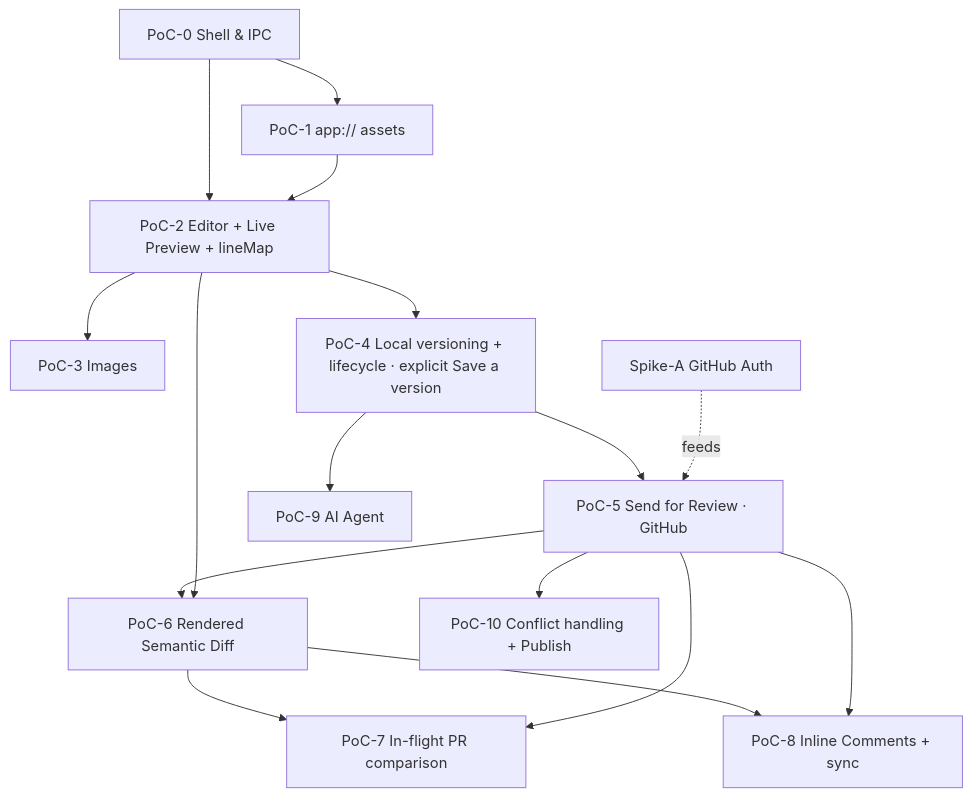
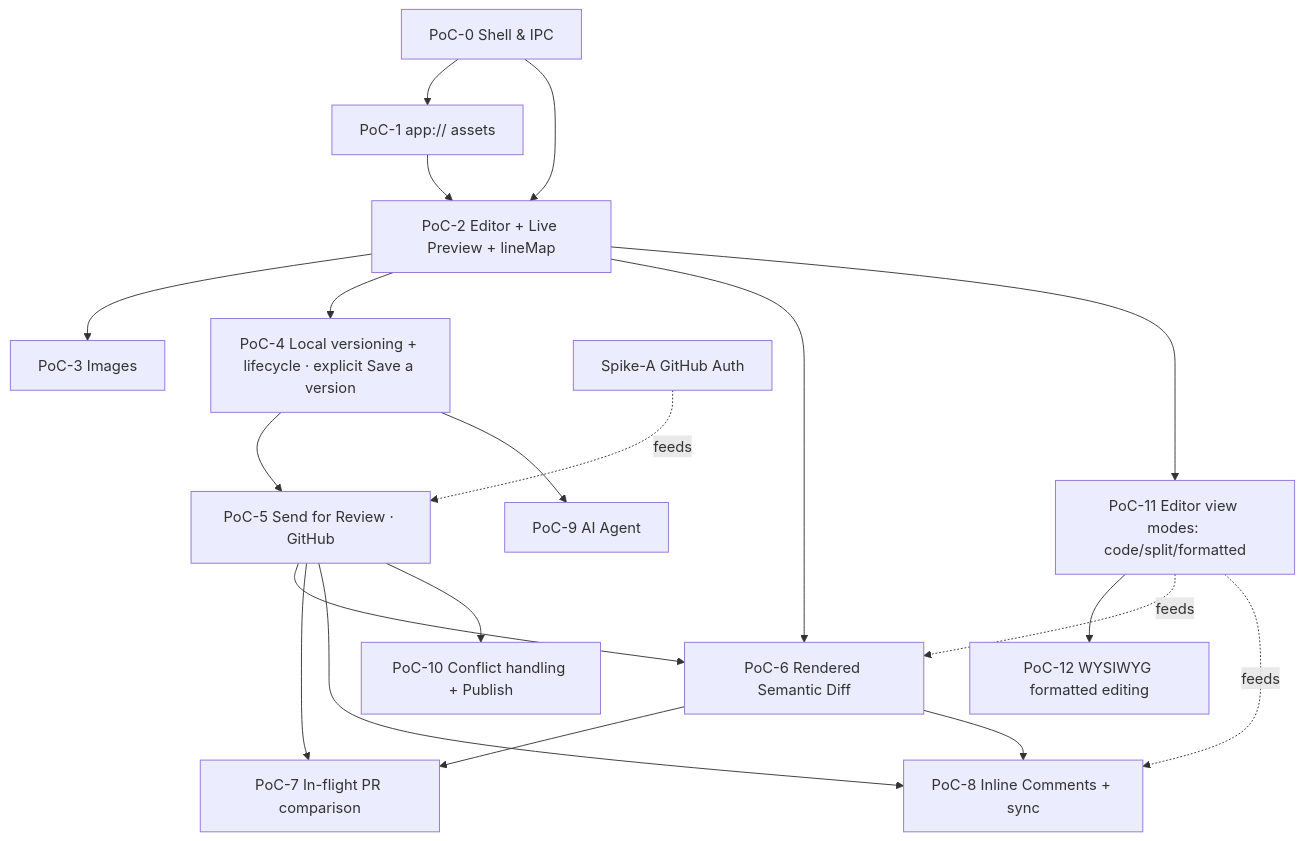
Before and after one commit to ZelAnton/SpecDesk: the diagram in docs/ROADMAP.md, drawn with Mermaid. The commit also changed other lines of this file and 6 other files, not shown here.

Commit message:
Plan: WYSIWYG editor (3 modes, Markdown source of truth); diff/comments in both views

````diff
--- a/docs/ROADMAP.md
+++ b/docs/ROADMAP.md
@@ -27,18 +27,22 @@
 ```mermaid
 flowchart TD
     P0[PoC-0 Shell & IPC] --> P1[PoC-1 app:// assets]
     P0 --> P2[PoC-2 Editor + Live Preview + lineMap]
     P1 --> P2
     P2 --> P3[PoC-3 Images]
     P2 --> P4[PoC-4 Local versioning + lifecycle · explicit Save a version]
     P4 --> P5[PoC-5 Send for Review · GitHub]
     SPIKE[Spike-A GitHub Auth] -.feeds.-> P5
     P5 --> P6[PoC-6 Rendered Semantic Diff]
     P2 --> P6
     P6 --> P7[PoC-7 In-flight PR comparison]
     P5 --> P7
     P6 --> P8[PoC-8 Inline Comments + sync]
     P5 --> P8
     P4 --> P9[PoC-9 AI Agent]
     P5 --> P10[PoC-10 Conflict handling + Publish]
+    P2 --> P11[PoC-11 Editor view modes: code/split/formatted]
+    P11 --> P12[PoC-12 WYSIWYG formatted editing]
+    P11 -.feeds.-> P6
+    P11 -.feeds.-> P8
 ```
````
